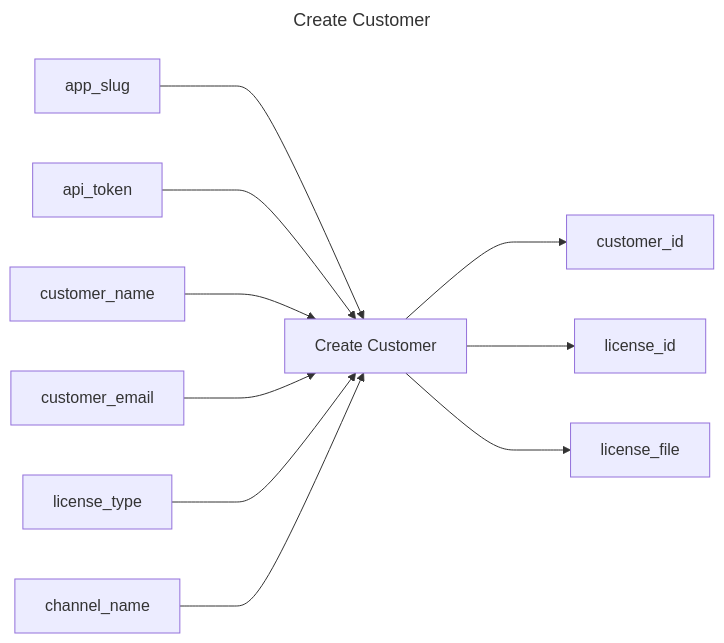
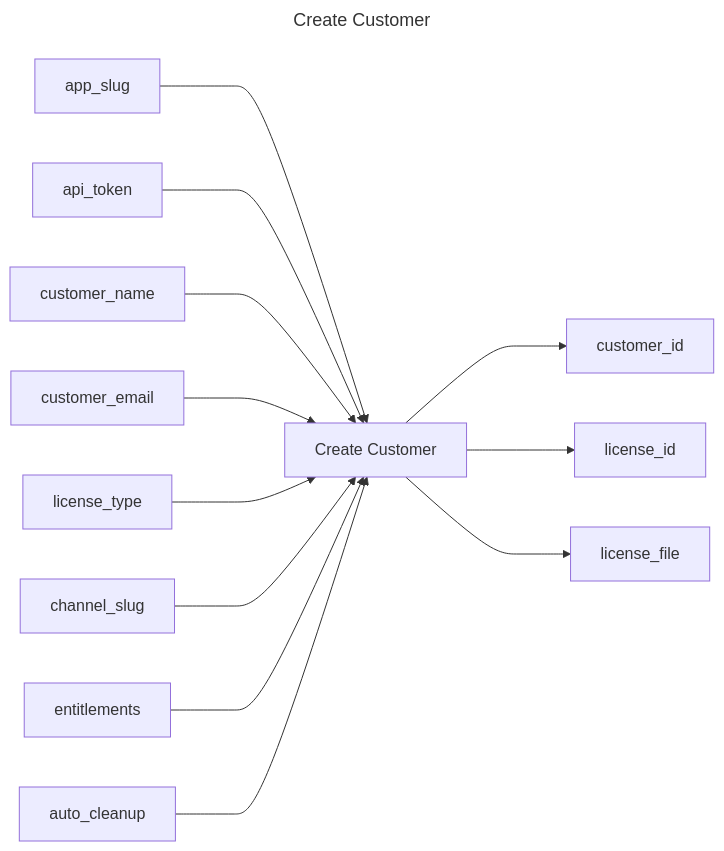
Before and after one commit to replicatedhq/replicated-actions: the diagram in create-customer/README.md, drawn with Mermaid. The commit also changed other lines of this file and 47 other files, not shown here.

````diff
--- a/create-customer/README.md
+++ b/create-customer/README.md
@@ -3,16 +3,18 @@
 ```mermaid
 ---
 title: Create Customer
 ---
 graph LR
 create_customer["Create Customer"]
 app_slug ---> create_customer
 api_token ---> create_customer
 customer_name ---> create_customer
 customer_email ---> create_customer
 license_type ---> create_customer
-channel_name ---> create_customer
+channel_slug ---> create_customer
+entitlements ---> create_customer
+auto_cleanup ---> create_customer
 create_customer ---> customer_id
 create_customer ---> license_id
 create_customer ---> license_file
 ```
````
